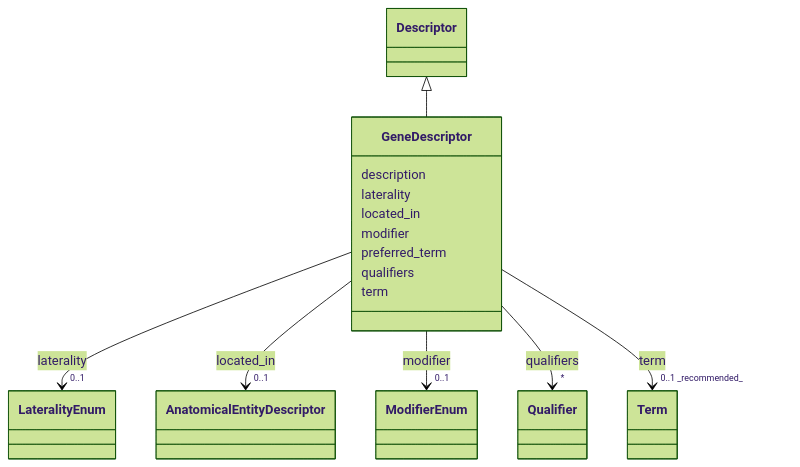
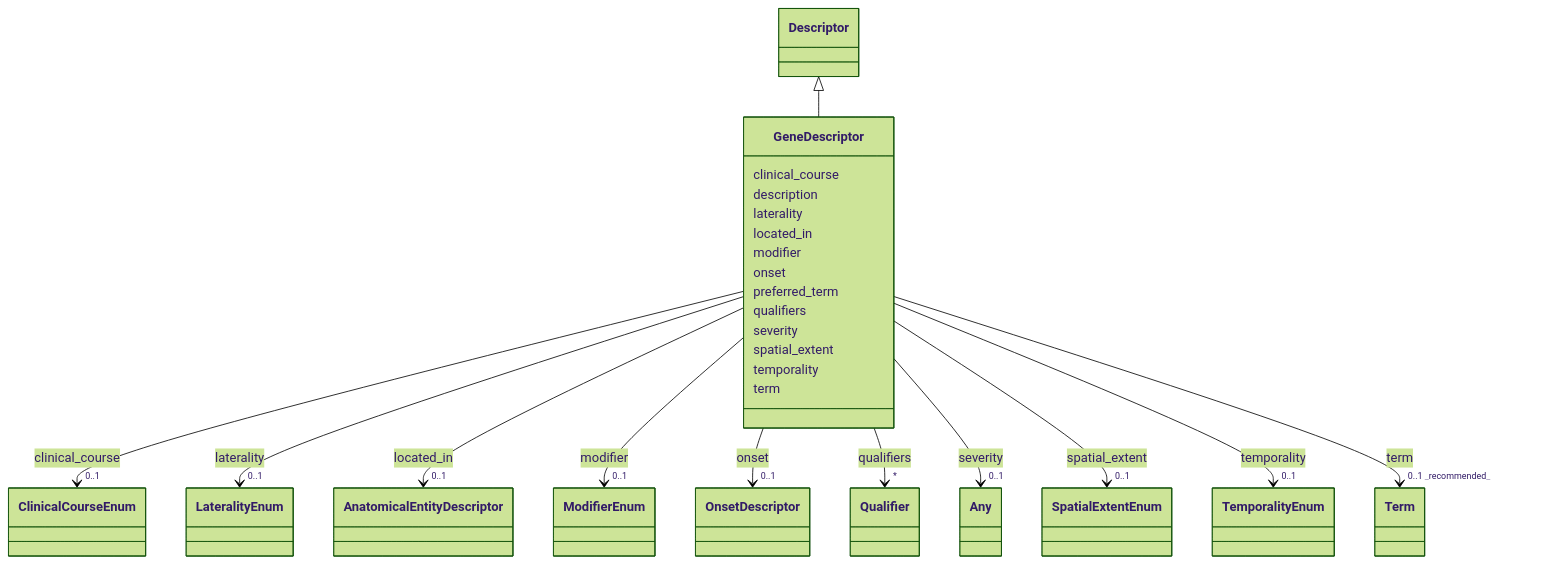
One commit to monarch-initiative/dismech changed the diagram in docs/schema/classes/GeneDescriptor.md. Above: the diagram before and after it, drawn with Mermaid (forest theme). The commit also changed other lines of this file and 1343 other files, not shown here.

First line of the commit message:
docs: regenerate schema docs and point design-decisions link at rendered page

```diff
--- a/docs/schema/classes/GeneDescriptor.md
+++ b/docs/schema/classes/GeneDescriptor.md
@@ -22,6 +22,17 @@
       Descriptor <|-- GeneDescriptor
         click Descriptor href "../../classes/Descriptor/"
       
+      GeneDescriptor : clinical_course
+        
+          
+    
+        
+        
+        GeneDescriptor --> "0..1" ClinicalCourseEnum : clinical_course
+        click ClinicalCourseEnum href "../../enums/ClinicalCourseEnum/"
+    
+
+        
       GeneDescriptor : description
         
       GeneDescriptor : laterality
@@ -57,6 +68,17 @@
     
 
         
+      GeneDescriptor : onset
+        
+          
+    
+        
+        
+        GeneDescriptor --> "0..1" OnsetDescriptor : onset
+        click OnsetDescriptor href "../../classes/OnsetDescriptor/"
+    
+
+        
       GeneDescriptor : preferred_term
         
       GeneDescriptor : qualifiers
@@ -67,6 +89,39 @@
         
         GeneDescriptor --> "*" Qualifier : qualifiers
         click Qualifier href "../../classes/Qualifier/"
+    
+
+        
+      GeneDescriptor : severity
+        
+          
+    
+        
+        
+        GeneDescriptor --> "0..1" Any : severity
+        click Any href "../../classes/Any/"
+    
+
+        
+      GeneDescriptor : spatial_extent
+        
+          
+    
+        
+        
+        GeneDescriptor --> "0..1" SpatialExtentEnum : spatial_extent
+        click SpatialExtentEnum href "../../enums/SpatialExtentEnum/"
+    
+
+        
+      GeneDescriptor : temporality
+        
+          
+    
+        
+        
+        GeneDescriptor --> "0..1" TemporalityEnum : temporality
+        click TemporalityEnum href "../../enums/TemporalityEnum/"
     
 
         
```
